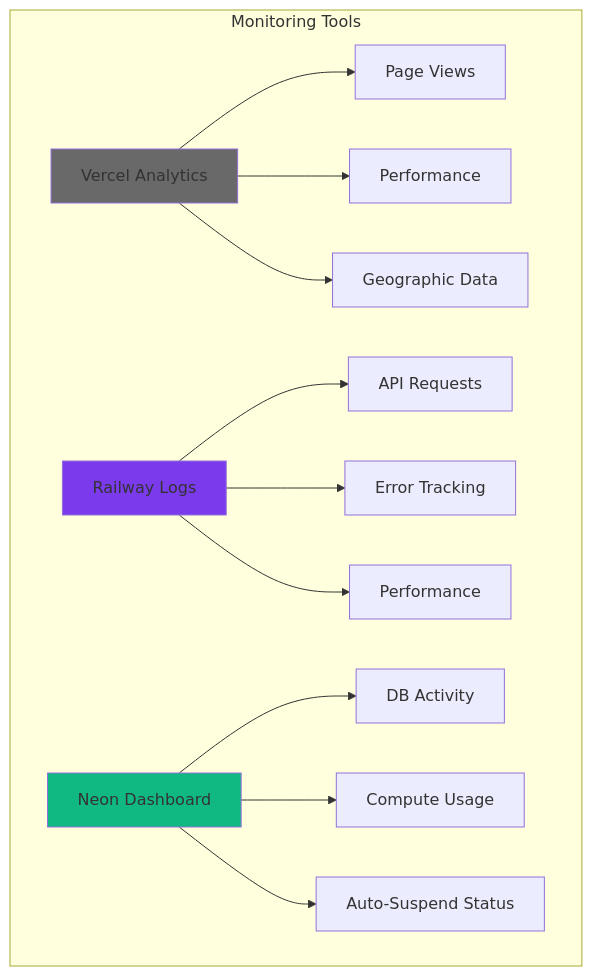
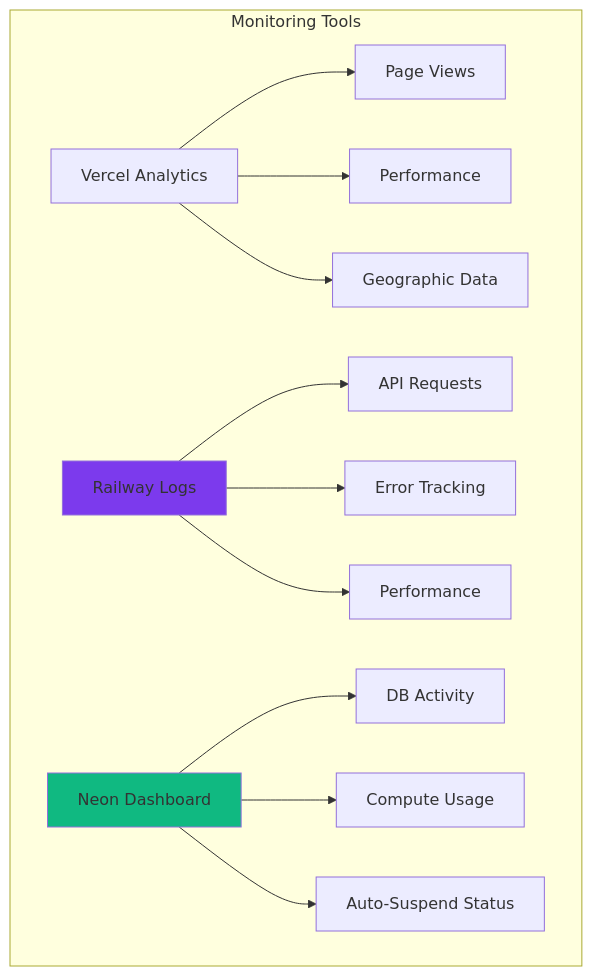
The ninth of 11 diagrams in README.md (shams909/Modern-Web-News-Portal), drawn with Mermaid before and after one commit.

````diff
--- a/README.md
+++ b/README.md
@@ -384,20 +384,20 @@
 ```mermaid
 graph TB
     subgraph "Monitoring Tools"
         A[Vercel Analytics] --> B[Page Views]
         A --> C[Performance]
         A --> D[Geographic Data]
         
         E[Railway Logs] --> F[API Requests]
         E --> G[Error Tracking]
         E --> H[Performance]
         
         I[Neon Dashboard] --> J[DB Activity]
         I --> K[Compute Usage]
         I --> L[Auto-Suspend Status]
     end
     
-    style A fill:#696969
+    style A fill #111111
     style E fill:#7c3aed
     style I fill:#10b981
 ```
````
